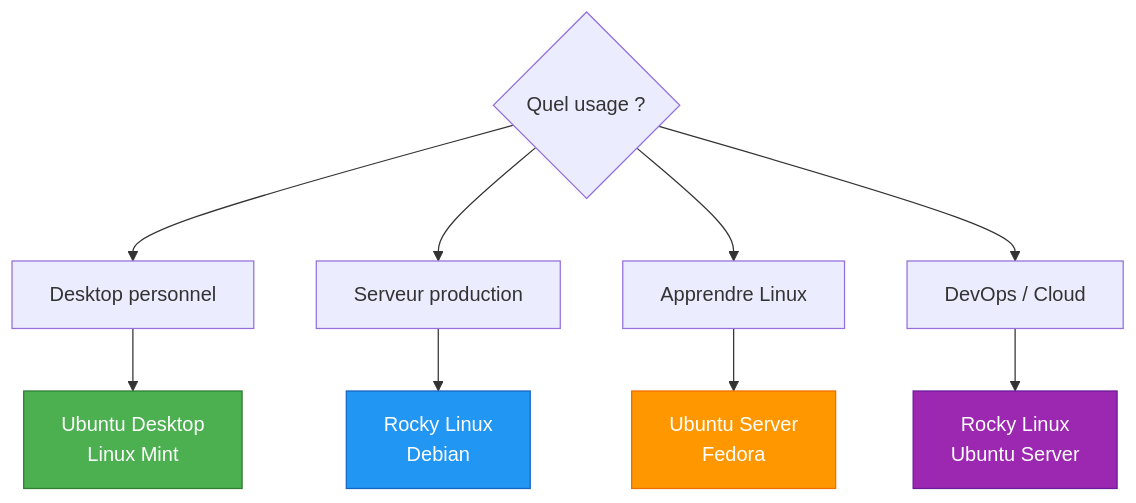
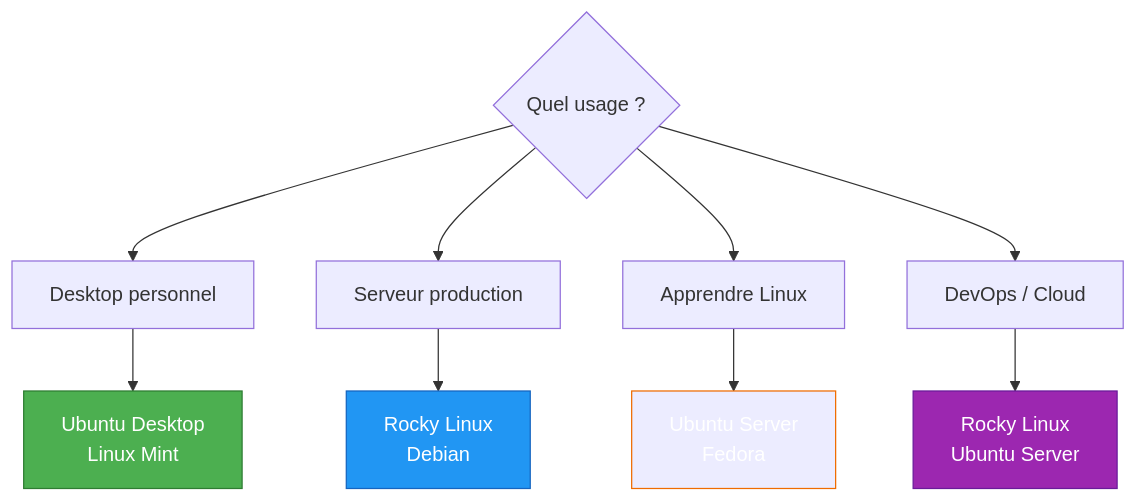
One commit to VBlackJack/ShellBook changed the fourth of 4 diagrams in docs/formations/linux-mastery/01-decouverte.md. Above: the diagram before and after it, drawn with Mermaid. The commit also changed other lines of this file and 337 other files, not shown here.

First line of the commit message:
refactor(docs): Standardize code blocks and Mermaid colors

````diff
--- a/docs/formations/linux-mastery/01-decouverte.md
+++ b/docs/formations/linux-mastery/01-decouverte.md
@@ -160,17 +160,17 @@
 ```mermaid
 flowchart TD
     A{Quel usage ?} --> B[Desktop personnel]
     A --> C[Serveur production]
     A --> D[Apprendre Linux]
     A --> E[DevOps / Cloud]
 
     B --> B1[Ubuntu Desktop<br/>Linux Mint]
     C --> C1[Rocky Linux<br/>Debian]
     D --> D1[Ubuntu Server<br/>Fedora]
     E --> E1[Rocky Linux<br/>Ubuntu Server]
 
     style B1 fill:#4CAF50,stroke:#2E7D32,color:#fff
     style C1 fill:#2196F3,stroke:#1565C0,color:#fff
-    style D1 fill:#FF9800,stroke:#EF6C00,color:#fff
+    style D1 fill:#FF9800800800,stroke:#EF6C00,color:#fff
     style E1 fill:#9C27B0,stroke:#6A1B9A,color:#fff
 ```
````
